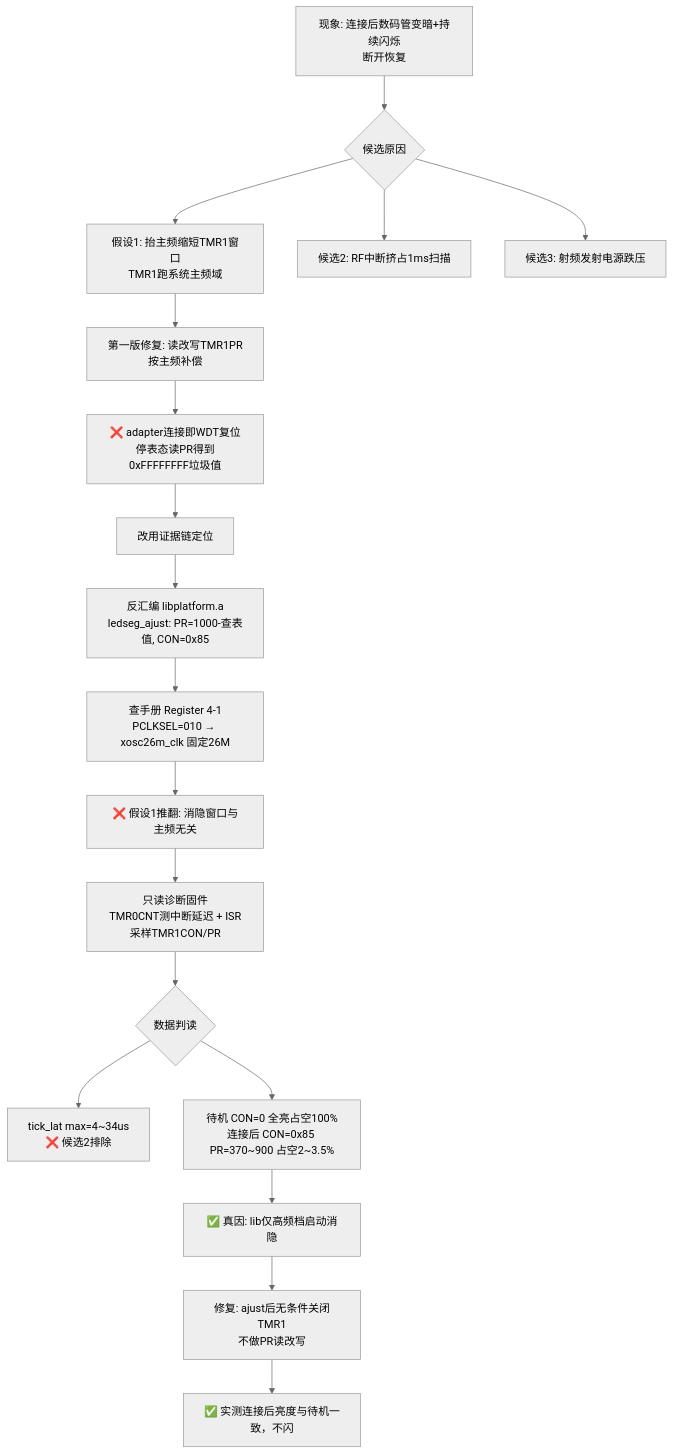
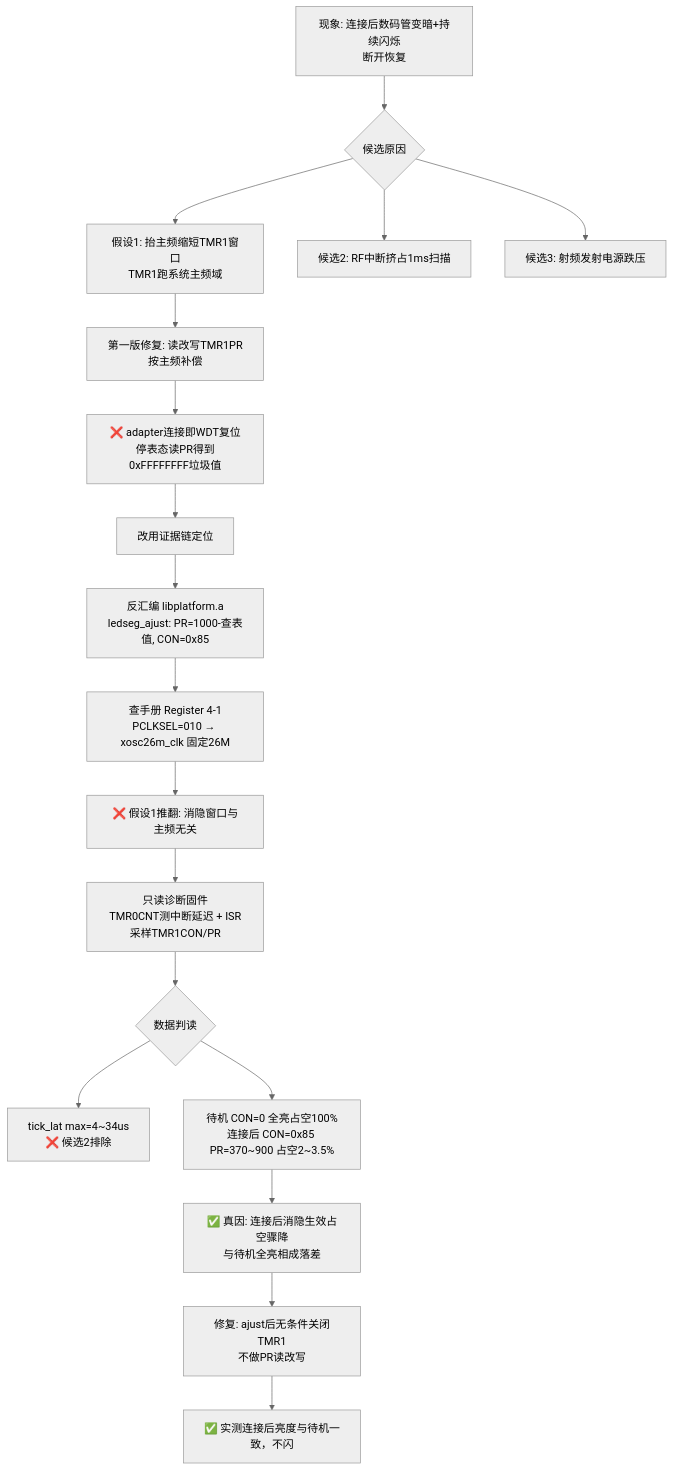
Before and after one commit to zglstudylinux/Client_PROJ_AB5712F_LE_MIC2_ZXD_K16B_S9938_20260911: the first of 2 diagrams in docs/client_problem/ledseg-dim-flicker-after-wireless-connect.md, drawn with Mermaid (neutral theme). The commit also changed other lines of this file and 2 other files, not shown here.

````diff
--- a/docs/client_problem/ledseg-dim-flicker-after-wireless-connect.md
+++ b/docs/client_problem/ledseg-dim-flicker-after-wireless-connect.md
@@ -246,20 +292,20 @@
 ```mermaid
 flowchart TD
     A[现象: 连接后数码管变暗+持续闪烁<br/>断开恢复] --> B{候选原因}
     B --> C1[假设1: 抬主频缩短TMR1窗口<br/>TMR1跑系统主频域]
     B --> C2[候选2: RF中断挤占1ms扫描]
     B --> C3[候选3: 射频发射电源跌压]
     C1 --> D1[第一版修复: 读改写TMR1PR按主频补偿]
     D1 --> E1[❌ adapter连接即WDT复位<br/>停表态读PR得到0xFFFFFFFF垃圾值]
     E1 --> F[改用证据链定位]
     F --> G[反汇编 libplatform.a<br/>ledseg_ajust: PR=1000-查表值, CON=0x85]
     G --> H[查手册 Register 4-1<br/>PCLKSEL=010 → xosc26m_clk 固定26M]
     H --> I[❌ 假设1推翻: 消隐窗口与主频无关]
     I --> J[只读诊断固件<br/>TMR0CNT测中断延迟 + ISR采样TMR1CON/PR]
     J --> K{数据判读}
     K --> L[tick_lat max=4~34us<br/>❌ 候选2排除]
     K --> M[待机 CON=0 全亮占空100%<br/>连接后 CON=0x85 PR=370~900 占空2~3.5%]
-    M --> N[✅ 真因: lib仅高频档启动消隐]
+    M --> N[✅ 真因: 连接后消隐生效占空骤降<br/>与待机全亮相成落差]
     N --> O[修复: ajust后无条件关闭TMR1<br/>不做PR读改写]
     O --> P[✅ 实测连接后亮度与待机一致，不闪]
 ```
````
